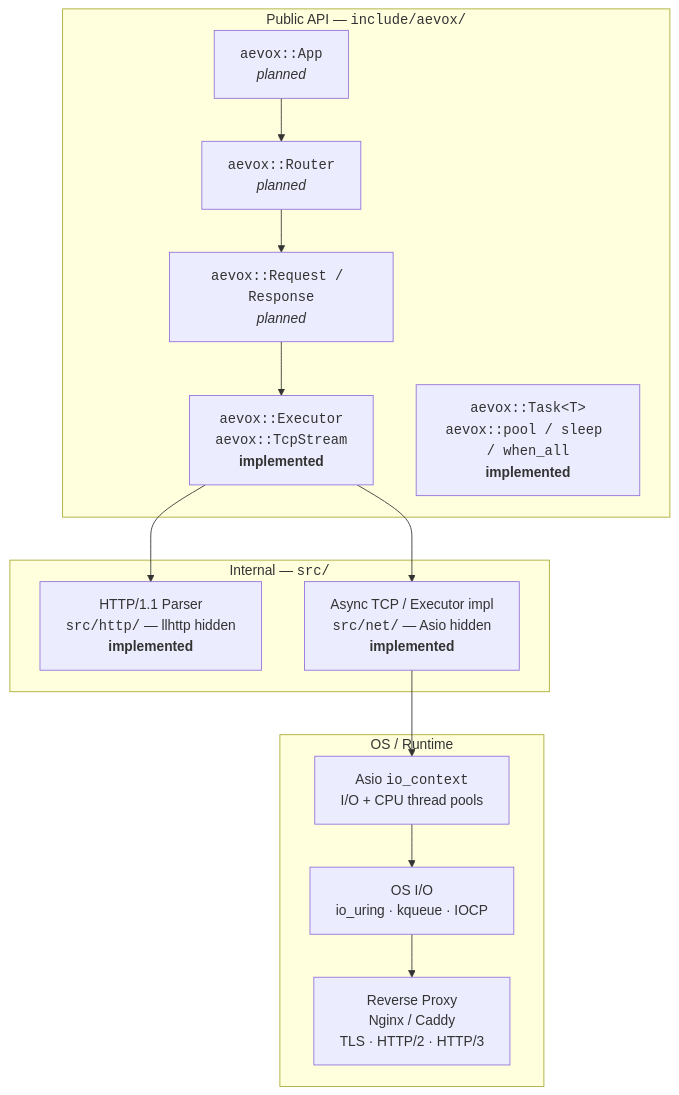
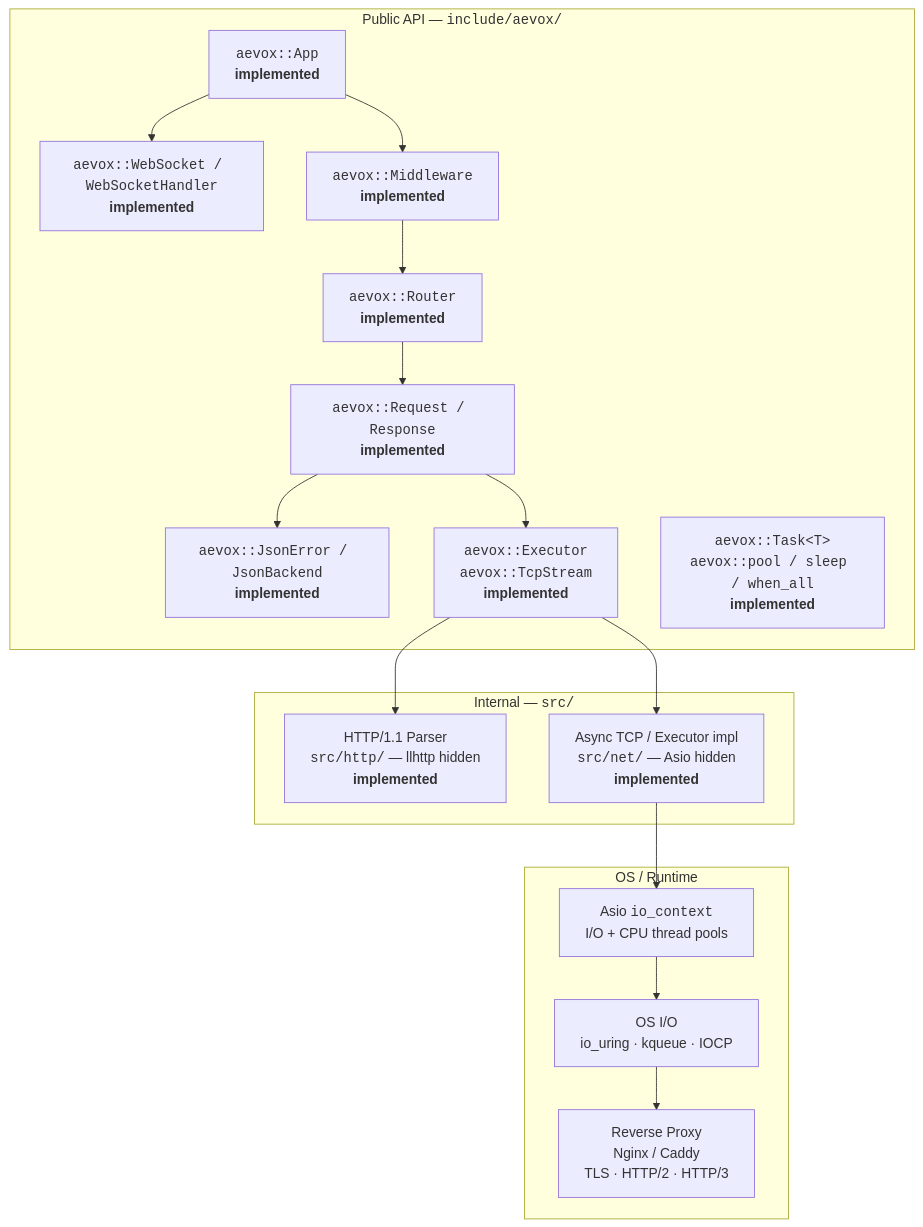
One commit to MohammadMokhalled/Aevox changed the first of 6 diagrams in docs/architecture/index.md. Above: the diagram before and after it, drawn with Mermaid. The commit also changed other lines of this file and 44 other files, not shown here.

````diff
--- a/docs/architecture/index.md
+++ b/docs/architecture/index.md
@@ -9,26 +9,31 @@
 ```mermaid
 graph TD
     subgraph Public["Public API — <code>include/aevox/</code>"]
-        APP["<code>aevox::App</code><br/><em>planned</em>"]
-        ROUTER["<code>aevox::Router</code><br/><em>planned</em>"]
-        RR["<code>aevox::Request / Response</code><br/><em>planned</em>"]
+        APP["<code>aevox::App</code><br/><strong>implemented</strong>"]
+        ROUTER["<code>aevox::Router</code><br/><strong>implemented</strong>"]
+        RR["<code>aevox::Request / Response</code><br/><strong>implemented</strong>"]
+        JSON["<code>aevox::JsonError / JsonBackend</code><br/><strong>implemented</strong>"]
+        WS["<code>aevox::WebSocket / WebSocketHandler</code><br/><strong>implemented</strong>"]
+        MW["<code>aevox::Middleware</code><br/><strong>implemented</strong>"]
         EXEC["<code>aevox::Executor</code><br/><code>aevox::TcpStream</code><br/><strong>implemented</strong>"]
         TASK["<code>aevox::Task&lt;T&gt;</code><br/><code>aevox::pool / sleep / when_all</code><br/><strong>implemented</strong>"]
     end
 
     subgraph Internal["Internal — <code>src/</code>"]
         HTTP_PARSER["HTTP/1.1 Parser<br/><code>src/http/</code> — llhttp hidden<br/><strong>implemented</strong>"]
         NET["Async TCP / Executor impl<br/><code>src/net/</code> — Asio hidden<br/><strong>implemented</strong>"]
     end
 
     subgraph OS["OS / Runtime"]
         ASIO["Asio <code>io_context</code><br/>I/O + CPU thread pools"]
         OSIO["OS I/O<br/>io_uring · kqueue · IOCP"]
         PROXY["Reverse Proxy<br/>Nginx / Caddy<br/>TLS · HTTP/2 · HTTP/3"]
     end
 
-    APP --> ROUTER --> RR --> EXEC
+    APP --> MW --> ROUTER --> RR --> EXEC
+    APP --> WS
+    RR --> JSON
     EXEC --> HTTP_PARSER
     EXEC --> NET
     NET --> ASIO --> OSIO --> PROXY
 ```
````
